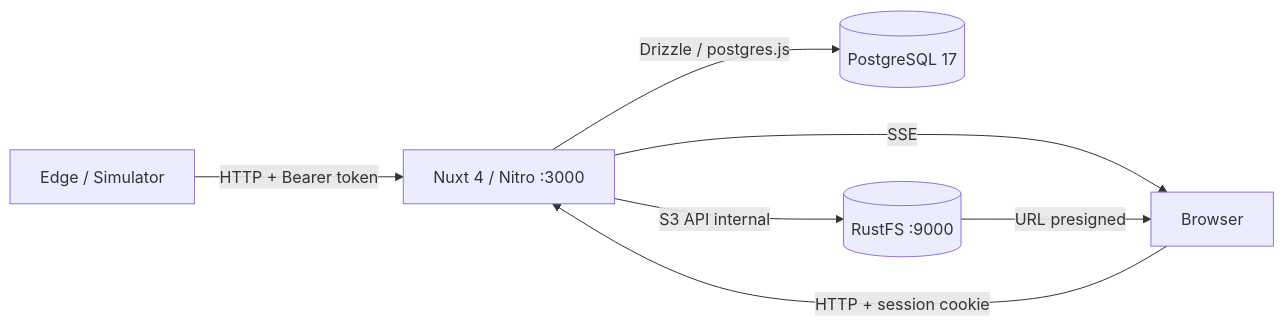
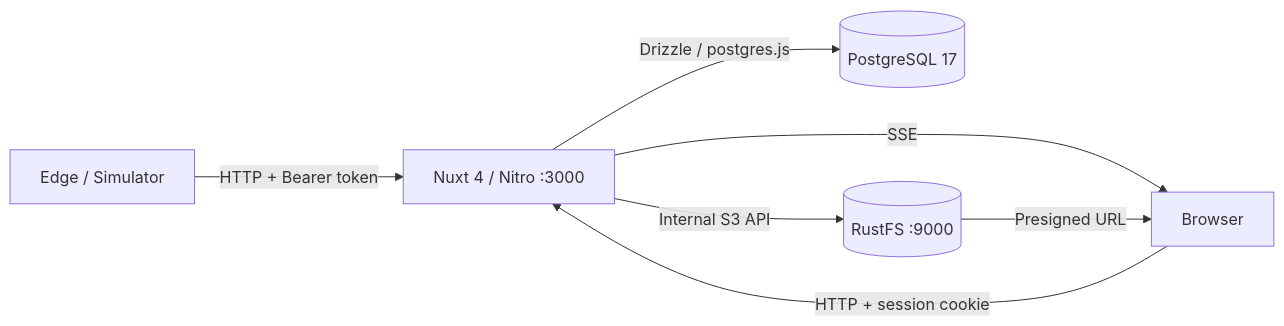
One commit to Muhammad-Yunus/energy-monitoring changed the diagram in README.md. Above: the diagram before and after it, drawn with Mermaid. The commit also changed other lines of this file, not shown here.

````diff
--- a/README.md
+++ b/README.md
@@ -186,9 +186,9 @@
 ```mermaid
 flowchart LR
   E[Edge / Simulator] -- "HTTP + Bearer token" --> N[Nuxt 4 / Nitro :3000]
   B[Browser] -- "HTTP + session cookie" --> N
   N -- "Drizzle / postgres.js" --> D[(PostgreSQL 17)]
-  N -- "S3 API internal" --> R[(RustFS :9000)]
+  N -- "Internal S3 API" --> R[(RustFS :9000)]
   N -- "SSE" --> B
-  R -- "URL presigned" --> B
+  R -- "Presigned URL" --> B
 ```
````
